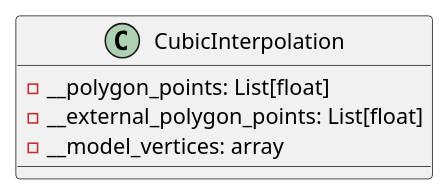
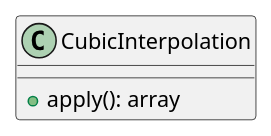
Before and after one commit to ferpoble2/Relief_Creator: the diagram in docs/classes/CubicInterpolation.puml, drawn with PlantUML. The commit also changed 8 other files, not shown here.

```diff
--- a/docs/classes/CubicInterpolation.puml
+++ b/docs/classes/CubicInterpolation.puml
@@ -1,7 +1,5 @@
 @startuml
 class CubicInterpolation {
-    - __polygon_points: List[float]
-    - __external_polygon_points: List[float]
-    - __model_vertices: array
+    + apply(): array
 }
 @enduml
```
